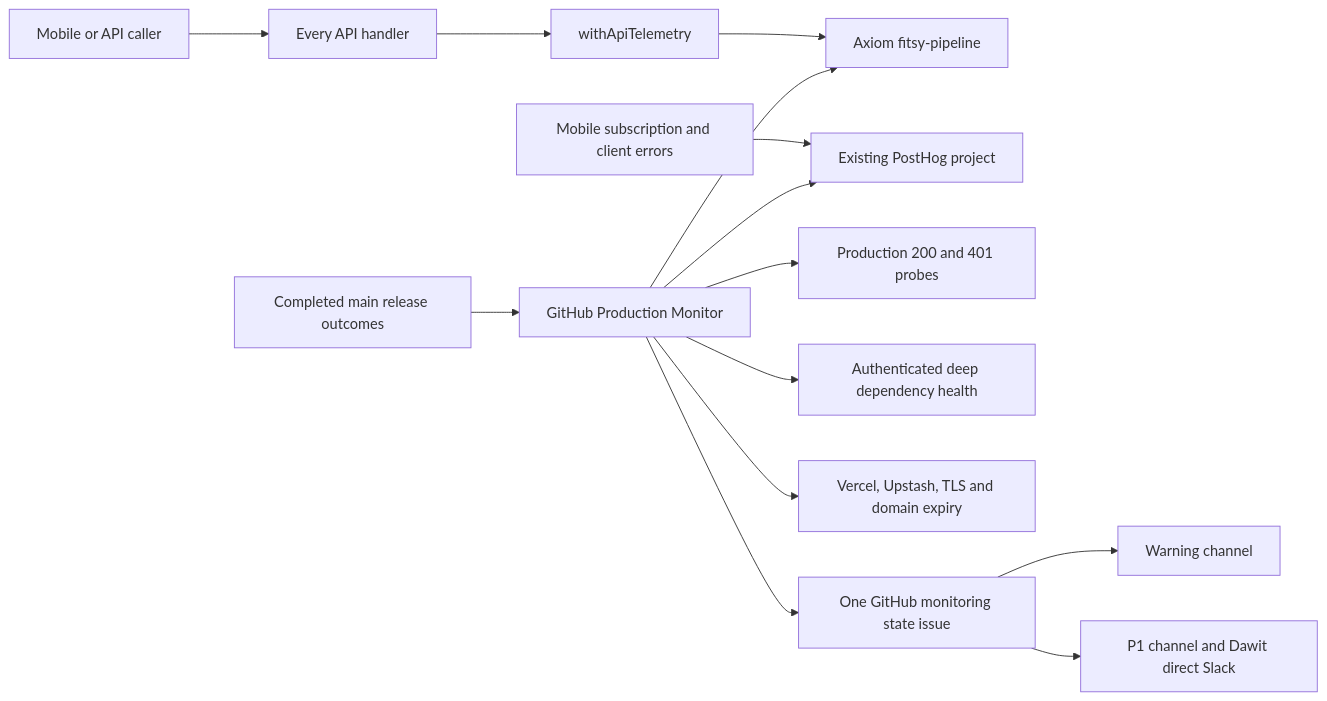
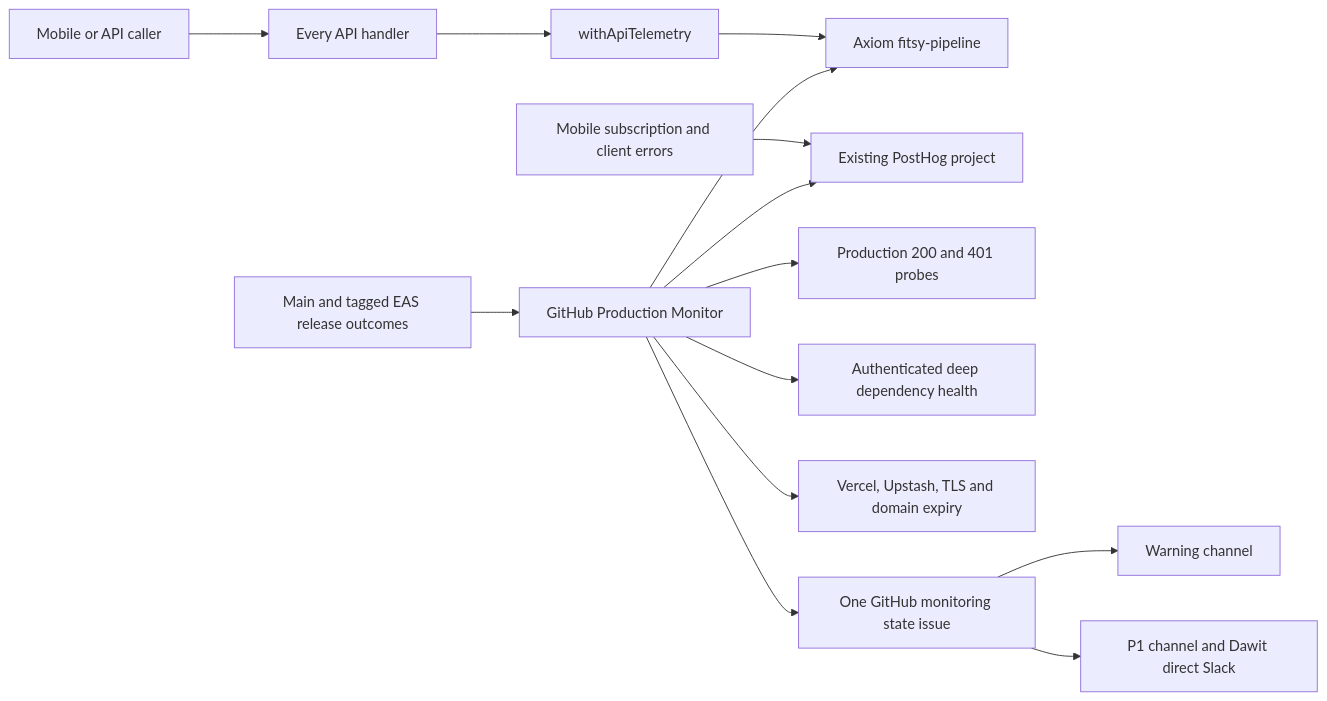
One commit to dgmolla/fitsy changed the diagram in docs/engineering/devops/monitoring-alerting.md. Above: the diagram before and after it, drawn with Mermaid. The commit also changed other lines of this file and 6 other files, not shown here.

````diff
--- a/docs/engineering/devops/monitoring-alerting.md
+++ b/docs/engineering/devops/monitoring-alerting.md
@@ -11,16 +11,16 @@
 ```mermaid
 flowchart LR
     User[Mobile or API caller] --> Route[Every API handler]
     Route --> Wrapper[withApiTelemetry]
     Wrapper --> Axiom[Axiom fitsy-pipeline]
     Mobile[Mobile subscription and client errors] --> PostHog[Existing PostHog project]
     External[GitHub Production Monitor] --> Probes[Production 200 and 401 probes]
     External --> Deep[Authenticated deep dependency health]
     External --> Axiom
     External --> PostHog
     External --> Providers[Vercel, Upstash, TLS and domain expiry]
     External --> State[One GitHub monitoring state issue]
     State --> Warning[Warning channel]
     State --> Urgent[P1 channel and Dawit direct Slack]
-    Workflows[Completed main release outcomes] --> External
+    Workflows[Main and tagged EAS release outcomes] --> External
 ```
````
